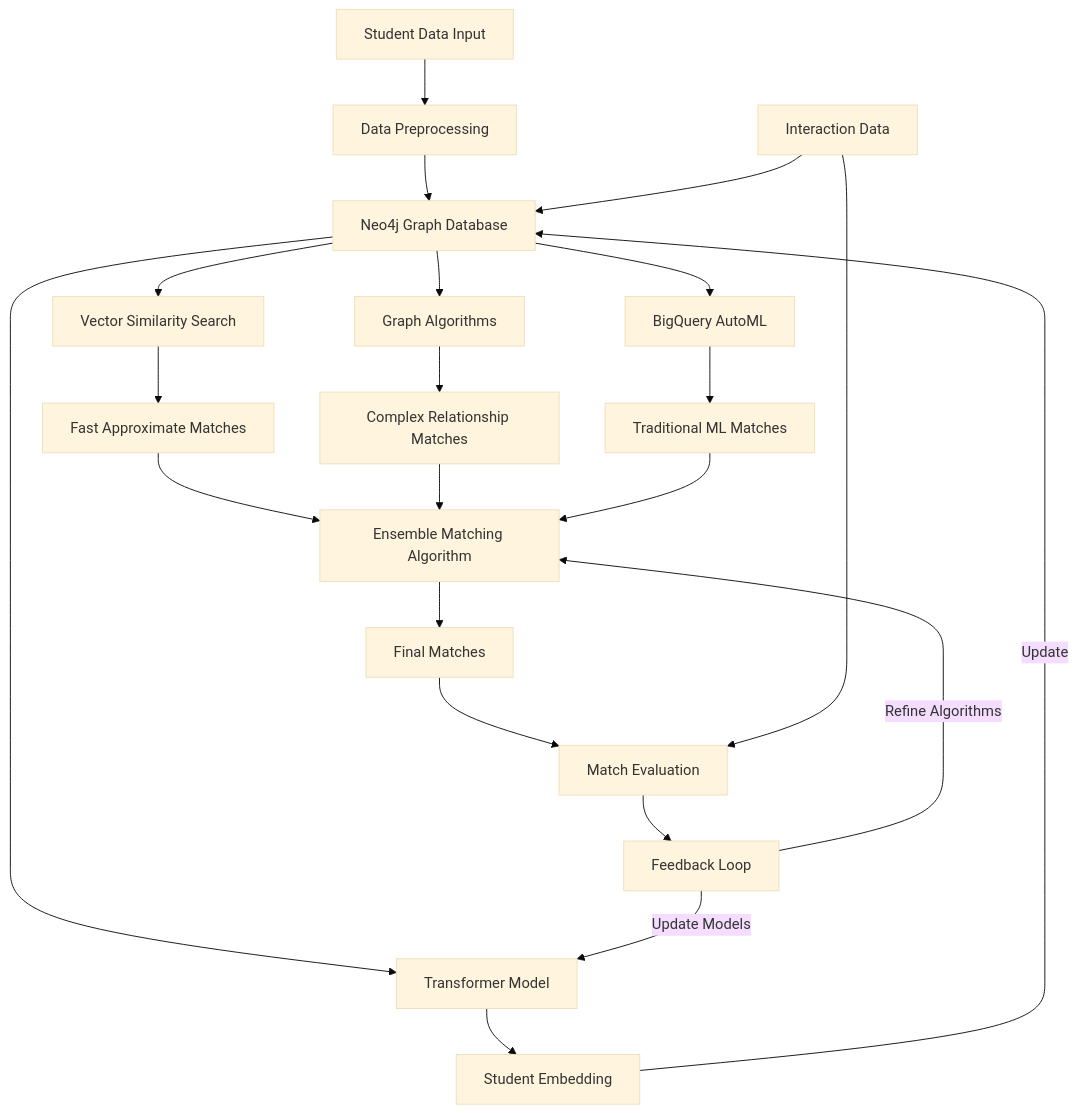
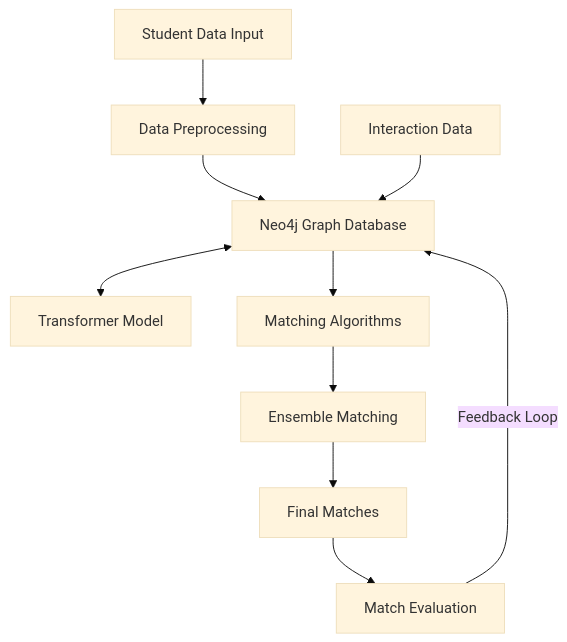
Before and after one commit to piotrostr/pathfinder: the diagram in README.md, drawn with Mermaid (base theme).

Commit message:
simplify the graph a bit

````diff
--- a/README.md
+++ b/README.md
@@ -78,24 +78,12 @@
 ```mermaid
 graph TD
     A[Student Data Input] --> B[Data Preprocessing]
     B --> C[Neo4j Graph Database]
-    C --> D[Transformer Model]
-    D --> E[Student Embedding]
-    E --> |Update| C
-    C --> F[Vector Similarity Search]
-    C --> G[Graph Algorithms]
-    C --> H[BigQuery AutoML]
-    F --> I[Fast Approximate Matches]
-    G --> J[Complex Relationship Matches]
-    H --> K[Traditional ML Matches]
-    I --> L[Ensemble Matching Algorithm]
-    J --> L
-    K --> L
-    L --> M[Final Matches]
-    M --> N[Match Evaluation]
-    N --> O[Feedback Loop]
-    O --> |Update Models| D
-    O --> |Refine Algorithms| L
-    P[Interaction Data] --> C
-    P --> N
+    C <--> D[Transformer Model]
+    C --> E[Matching Algorithms]
+    E --> F[Ensemble Matching]
+    F --> G[Final Matches]
+    G --> H[Match Evaluation]
+    H --> |Feedback Loop| C
+    I[Interaction Data] --> C
 ```
````
